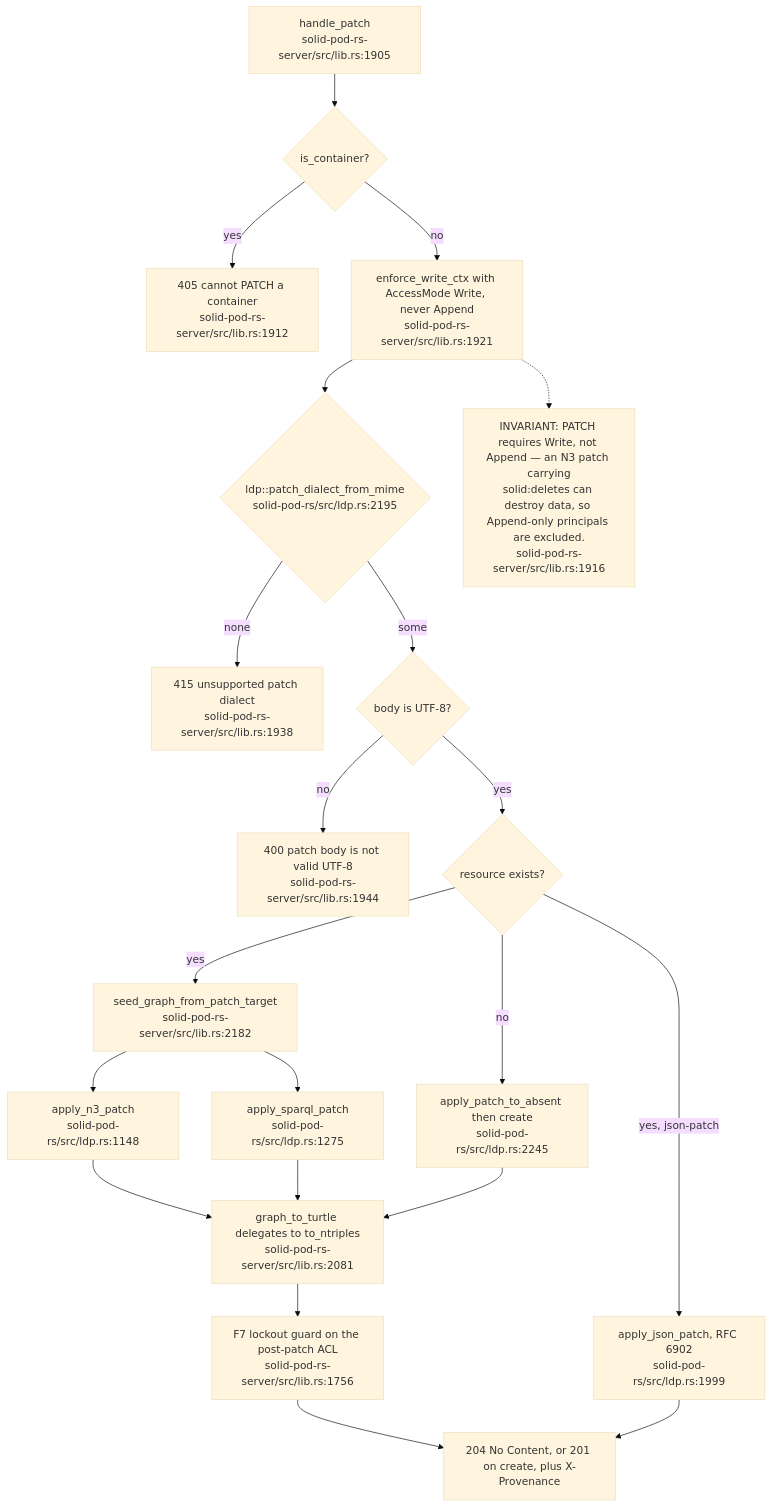
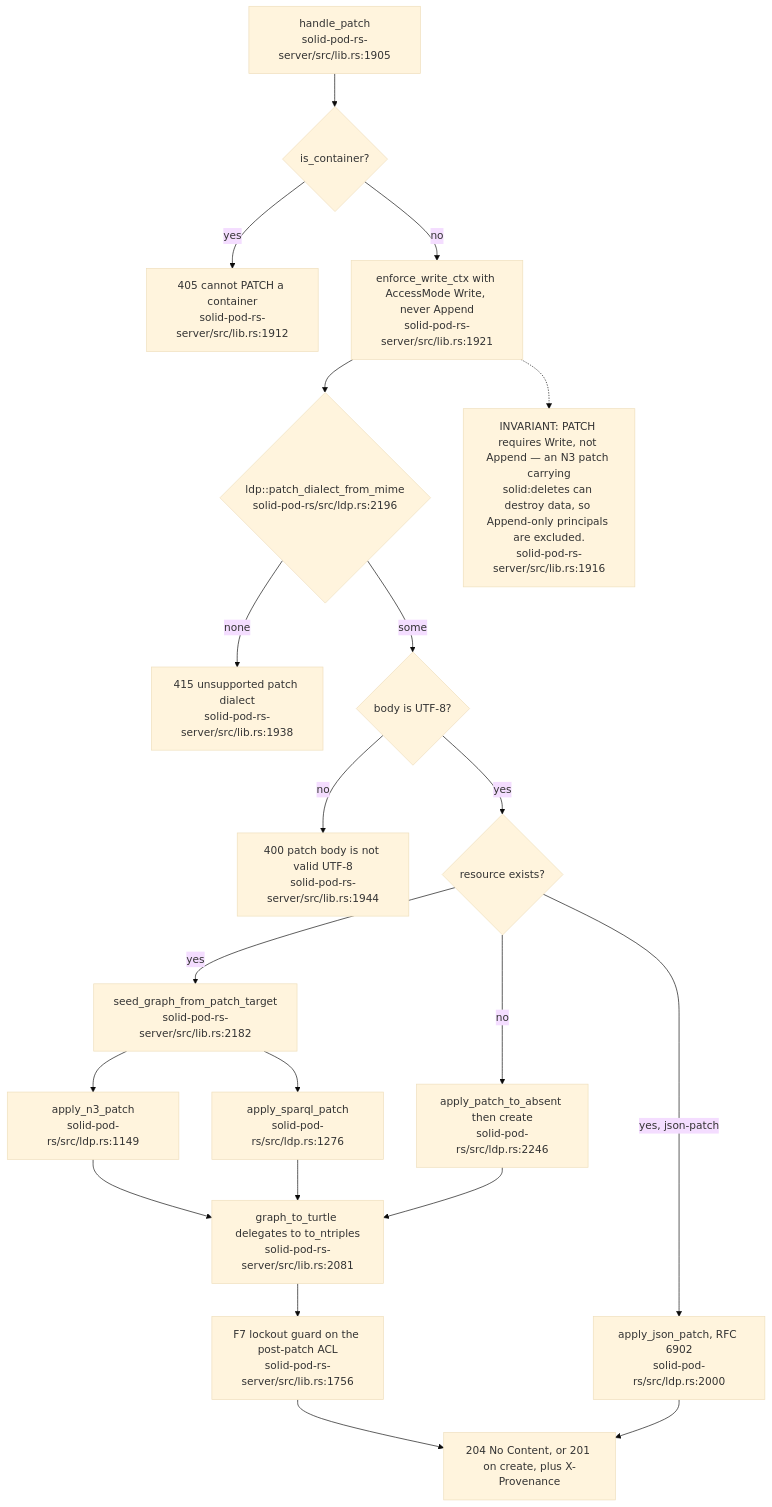
One commit to DreamLab-AI/VisionFlow changed the fifth of 11 diagrams in docs/diagrams/solid-pod-rs/03-ldp-request-lifecycle.md. Above: the diagram before and after it, drawn with Mermaid (base theme). The commit also changed other lines of this file and 145 other files, not shown here.

````diff
--- a/docs/diagrams/solid-pod-rs/03-ldp-request-lifecycle.md
+++ b/docs/diagrams/solid-pod-rs/03-ldp-request-lifecycle.md
@@ -153,41 +153,41 @@
 ```mermaid
 flowchart TD
     IN["handle_patch<br/>solid-pod-rs-server/src/lib.rs:1905"]
     CONT{"is_container?"}
     C405["405 cannot PATCH a container<br/>solid-pod-rs-server/src/lib.rs:1912"]
     AUTH["enforce_write_ctx with AccessMode Write, never Append<br/>solid-pod-rs-server/src/lib.rs:1921"]
-    DIAL{"ldp::patch_dialect_from_mime<br/>solid-pod-rs/src/ldp.rs:2195"}
+    DIAL{"ldp::patch_dialect_from_mime<br/>solid-pod-rs/src/ldp.rs:2196"}
     U415["415 unsupported patch dialect<br/>solid-pod-rs-server/src/lib.rs:1938"]
     UTF{"body is UTF-8?"}
     B400["400 patch body is not valid UTF-8<br/>solid-pod-rs-server/src/lib.rs:1944"]
     EX{"resource exists?"}
     SEED["seed_graph_from_patch_target<br/>solid-pod-rs-server/src/lib.rs:2182"]
-    N3["apply_n3_patch<br/>solid-pod-rs/src/ldp.rs:1148"]
-    SPQ["apply_sparql_patch<br/>solid-pod-rs/src/ldp.rs:1275"]
-    JP["apply_json_patch, RFC 6902<br/>solid-pod-rs/src/ldp.rs:1999"]
-    ABS["apply_patch_to_absent then create<br/>solid-pod-rs/src/ldp.rs:2245"]
+    N3["apply_n3_patch<br/>solid-pod-rs/src/ldp.rs:1149"]
+    SPQ["apply_sparql_patch<br/>solid-pod-rs/src/ldp.rs:1276"]
+    JP["apply_json_patch, RFC 6902<br/>solid-pod-rs/src/ldp.rs:2000"]
+    ABS["apply_patch_to_absent then create<br/>solid-pod-rs/src/ldp.rs:2246"]
     SER["graph_to_turtle delegates to to_ntriples<br/>solid-pod-rs-server/src/lib.rs:2081"]
     GUARD["F7 lockout guard on the post-patch ACL<br/>solid-pod-rs-server/src/lib.rs:1756"]
     OUT["204 No Content, or 201 on create, plus X-Provenance"]
 
     IN --> CONT
     CONT -- yes --> C405
     CONT -- no --> AUTH --> DIAL
     DIAL -- none --> U415
     DIAL -- some --> UTF
     UTF -- no --> B400
     UTF -- yes --> EX
     EX -- yes --> SEED
     SEED --> N3
     SEED --> SPQ
     EX -- "yes, json-patch" --> JP
     EX -- no --> ABS
     N3 --> SER
     SPQ --> SER
     ABS --> SER
     SER --> GUARD --> OUT
     JP --> OUT
 
     NN["INVARIANT: PATCH requires Write, not Append — an N3 patch carrying<br/>solid:deletes can destroy data, so Append-only principals are excluded.<br/>solid-pod-rs-server/src/lib.rs:1916"]
     AUTH -.-> NN
 ```
````
